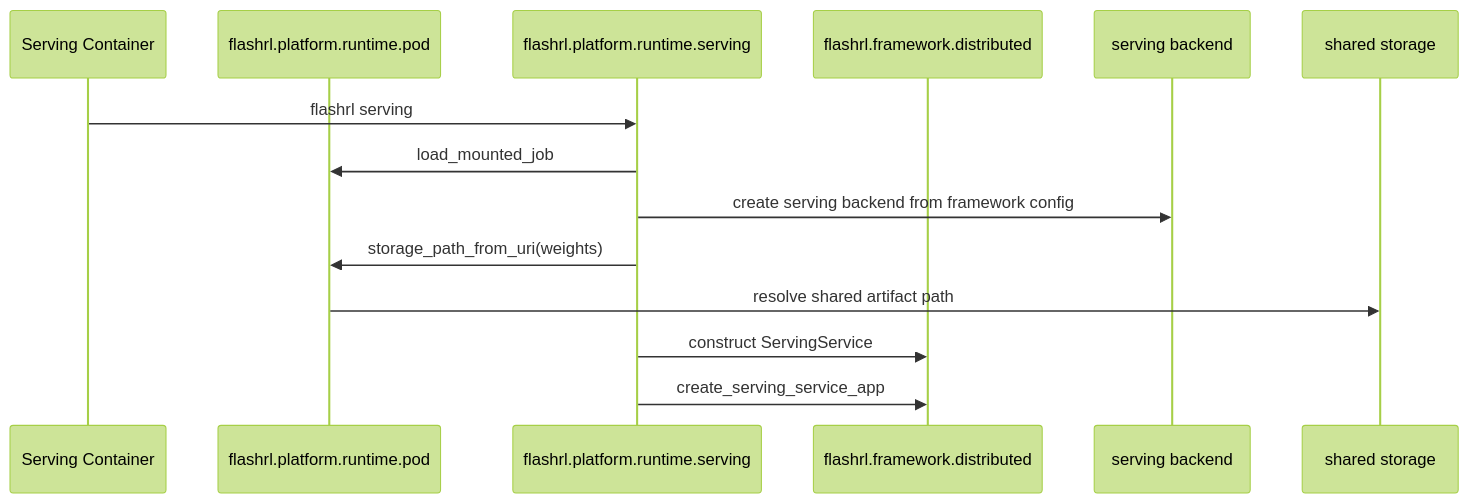
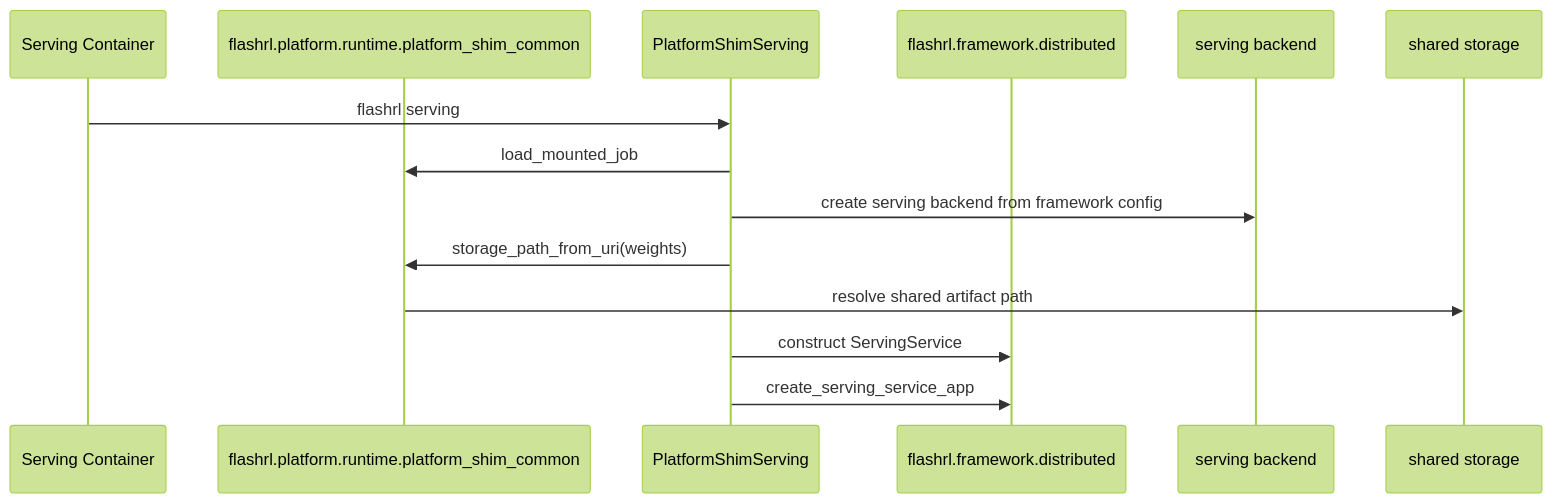
Diagram 12 of 13 in docs/platform-architecture.md (lastweek/FlashRL), drawn with Mermaid (forest theme) before and after one commit. The commit also changed other lines of this file and 29 other files, not shown here.

````diff
--- a/docs/platform-architecture.md
+++ b/docs/platform-architecture.md
@@ -400,17 +403,17 @@
 ```mermaid
 sequenceDiagram
     participant Container as Serving Container
-    participant PodContract as flashrl.platform.runtime.pod
-    participant Platform as flashrl.platform.runtime.serving
+    participant PodContract as flashrl.platform.runtime.platform_shim_common
+    participant Platform as PlatformShimServing
     participant Framework as flashrl.framework.distributed
     participant Backend as serving backend
     participant Storage as shared storage
 
     Container->>Platform: flashrl serving
     Platform->>PodContract: load_mounted_job
     Platform->>Backend: create serving backend from framework config
     Platform->>PodContract: storage_path_from_uri(weights)
     PodContract->>Storage: resolve shared artifact path
     Platform->>Framework: construct ServingService
     Platform->>Framework: create_serving_service_app
 ```
````
